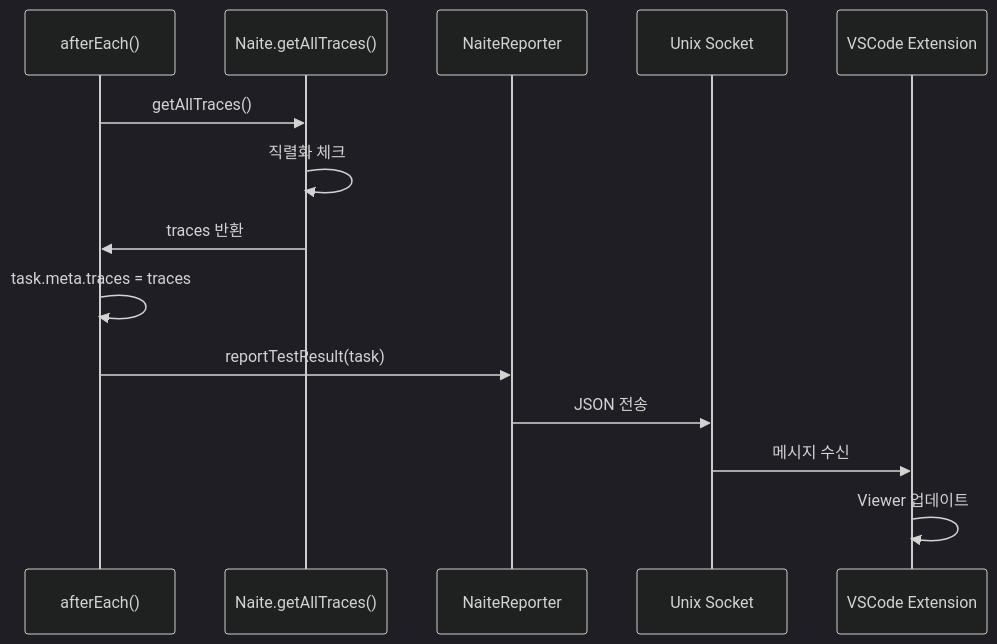
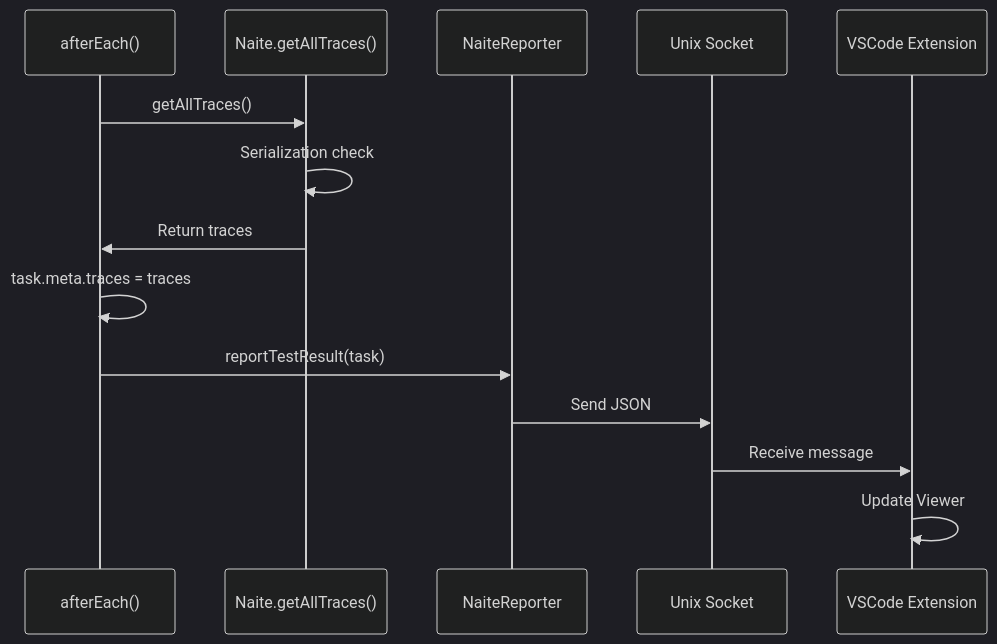
The third of 3 diagrams in modules/docs/en/testing/naite/what-is-naite.mdx (cartanova-ai/sonamu), drawn with Mermaid (dark theme) before and after one commit. The commit also changed other lines of this file and 86 other files, not shown here.

````diff
--- a/modules/docs/en/testing/naite/what-is-naite.mdx
+++ b/modules/docs/en/testing/naite/what-is-naite.mdx
@@ -485,17 +485,17 @@
 ```mermaid
 sequenceDiagram
     participant Test as afterEach()
     participant Naite as Naite.getAllTraces()
     participant Reporter as NaiteReporter
     participant Socket as Unix Socket
     participant Extension as VSCode Extension
 
     Test->>Naite: getAllTraces()
-    Naite->>Naite: 직렬화 체크
-    Naite->>Test: traces 반환
+    Naite->>Naite: Serialization check
+    Naite->>Test: Return traces
     Test->>Test: task.meta.traces = traces
     Test->>Reporter: reportTestResult(task)
-    Reporter->>Socket: JSON 전송
-    Socket->>Extension: 메시지 수신
-    Extension->>Extension: Viewer 업데이트
+    Reporter->>Socket: Send JSON
+    Socket->>Extension: Receive message
+    Extension->>Extension: Update Viewer
 ```
````
